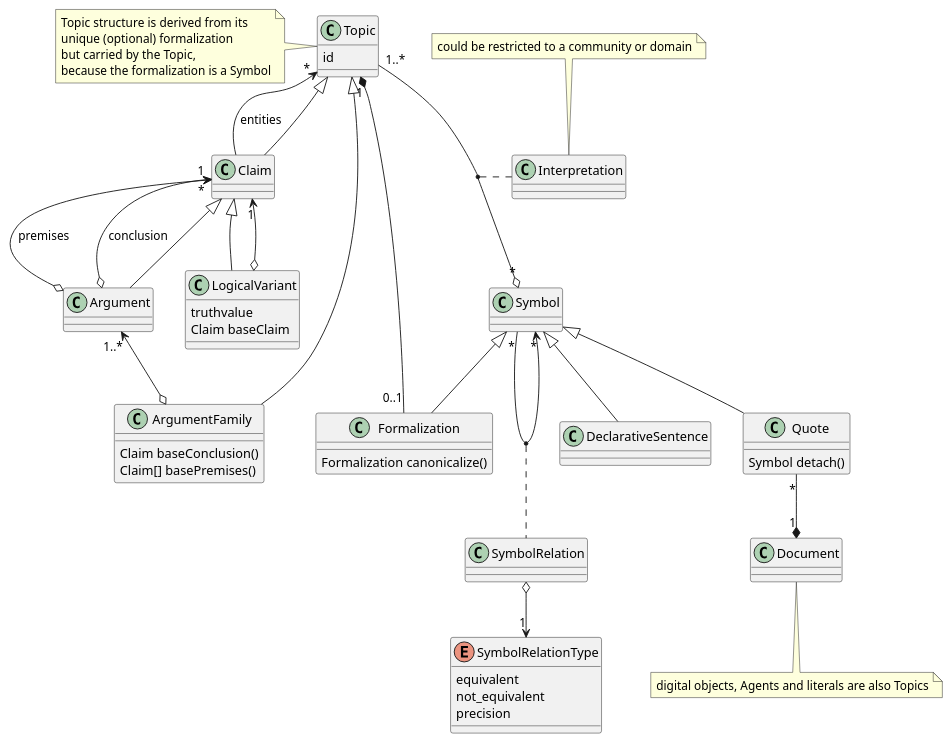
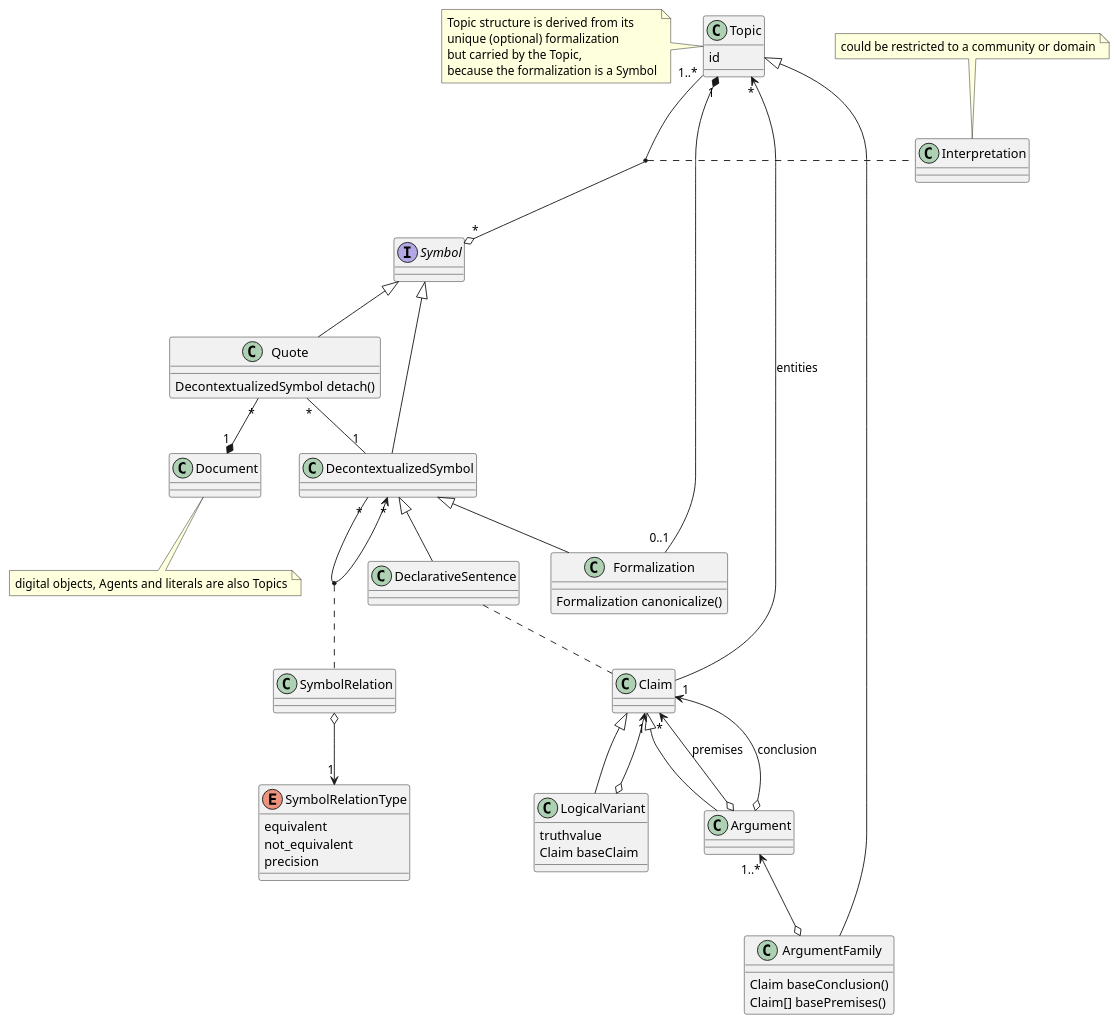
One commit to canonical-debate-lab/cd-domain-model changed the diagram in diagram/map.puml. Above: the diagram before and after it, drawn with PlantUML.

Commit message:
abstract symbol

```diff
--- a/diagram/map.puml
+++ b/diagram/map.puml
@@ -1,72 +1,76 @@
 @startuml
 
 class Topic {
   id
 }
 note left: Topic structure is derived from its \nunique (optional) formalization\nbut carried by the Topic,\nbecause the formalization is a Symbol
 
-Symbol <|-- DeclarativeSentence
 Topic "1..*" --o "*" Symbol
 (Topic , Symbol) . Interpretation
 class Interpretation {}
 note top: could be restricted to a community or domain
 
-Symbol <|-- Formalization
+DecontextualizedSymbol <|-- Formalization
 
 class Formalization {
   Formalization canonicalize()
 }
 
 Topic "1" *-- "0..1" Formalization
 
 
-Symbol <|-- Quote
 
-Symbol "*" --> "*" Symbol
-(Symbol , Symbol) . SymbolRelation
+DecontextualizedSymbol "*" --> "*" DecontextualizedSymbol
+(DecontextualizedSymbol , DecontextualizedSymbol) . SymbolRelation
+DecontextualizedSymbol <|-- DeclarativeSentence
 
 SymbolRelation o--> "1" SymbolRelationType
 
 enum SymbolRelationType {
   equivalent
   not_equivalent
   precision
 }
 
-
+Quote "*" -- "1" DecontextualizedSymbol
 Quote "*" --* "1" Document
 
+interface Symbol
+Symbol <|-- DecontextualizedSymbol
+Symbol <|-- Quote
+
 class Quote {
-  Symbol detach()
+  DecontextualizedSymbol detach()
 }
 
 class Document {
 
 }
 note bottom: digital objects, Agents and literals are also Topics
 
 
-Topic <|-- Claim
 Claim <|-- Argument
 
 Topic "*" <-- Claim : entities
 Argument o--> "*" Claim : premises
 Argument o--> "1" Claim : conclusion
 
 Claim <|-- LogicalVariant
 Claim "1" <--o LogicalVariant
+
+DeclarativeSentence .. Claim
 
 class LogicalVariant {
   truthvalue
   Claim baseClaim
 }
 
 class ArgumentFamily {
   Claim baseConclusion()
   Claim[] basePremises()
 }
 
 Argument "1..*" <--o ArgumentFamily
 Topic <|-- ArgumentFamily
 
 @enduml
```
